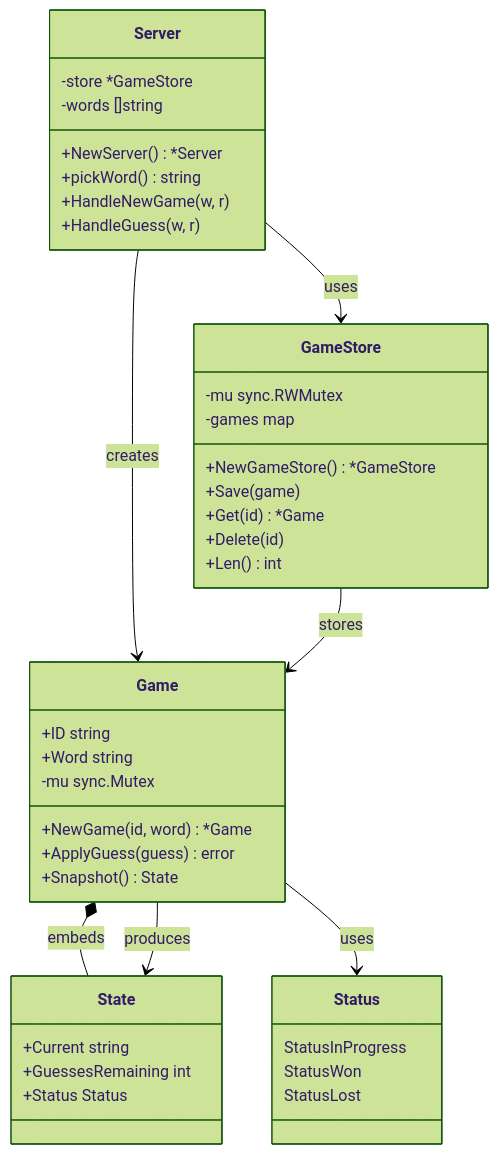
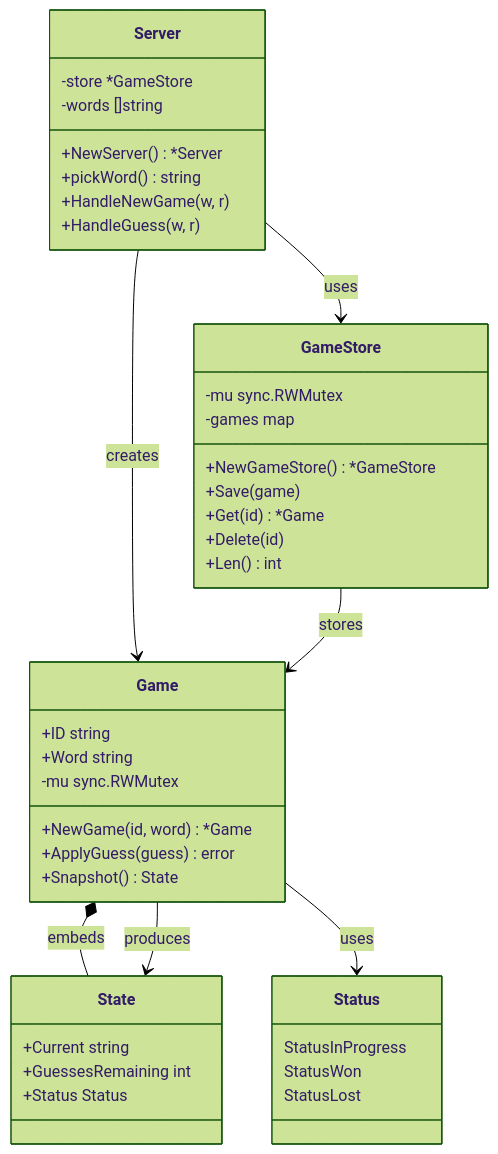
One commit to ajitm722/wordgame changed the first of 3 diagrams in code-structure.md. Above: the diagram before and after it, drawn with Mermaid (forest theme). The commit also changed other lines of this file and 2 other files, not shown here.

Commit message:
Updating to RWMutex for the game struct

````diff
--- a/code-structure.md
+++ b/code-structure.md
@@ -9,50 +9,50 @@
 ```mermaid
 classDiagram
     class Server {
         -store *GameStore
         -words []string
         +NewServer() *Server
         +pickWord() string
         +HandleNewGame(w, r)
         +HandleGuess(w, r)
     }
 
     class GameStore {
         -mu sync.RWMutex
         -games map
         +NewGameStore() *GameStore
         +Save(game) 
         +Get(id) *Game
         +Delete(id)
         +Len() int
     }
 
     class Game {
         +ID string
         +Word string
-        -mu sync.Mutex
+        -mu sync.RWMutex
         +NewGame(id, word) *Game
         +ApplyGuess(guess) error
         +Snapshot() State
     }
 
     class State {
         +Current string
         +GuessesRemaining int
         +Status Status
     }
 
     Game *-- State : embeds
 
     class Status {
         StatusInProgress
         StatusWon
         StatusLost
     }
 
     Server --> GameStore : uses
     Server --> Game : creates
     GameStore --> Game : stores
     Game --> State : produces
     Game --> Status : uses
 ```
````
